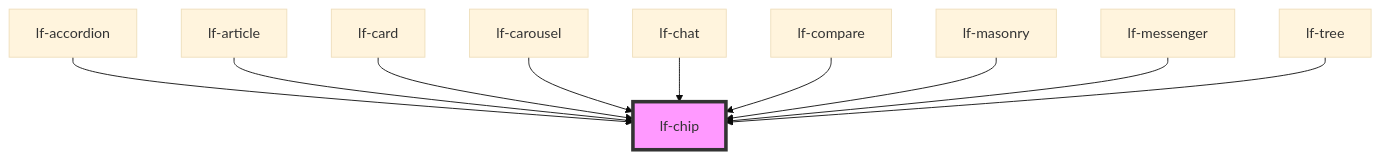
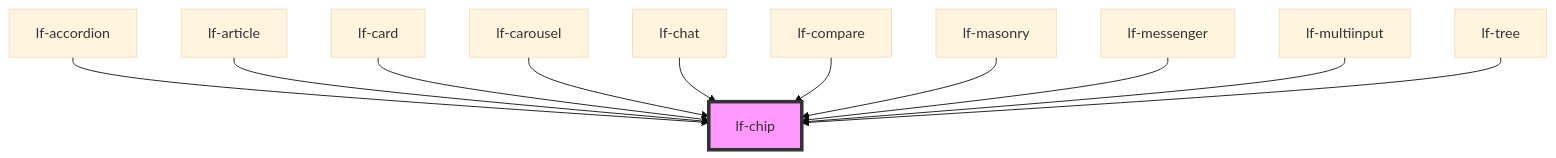
Before and after one commit to lucafoscili/lf-widgets: the diagram in packages/core/src/components/lf-chip/readme.md, drawn with Mermaid (base theme). The commit also changed other lines of this file and 7 other files, not shown here.

````diff
--- a/packages/core/src/components/lf-chip/readme.md
+++ b/packages/core/src/components/lf-chip/readme.md
@@ -151,13 +152,14 @@
 ```mermaid
 graph TD;
   lf-accordion --> lf-chip
   lf-article --> lf-chip
   lf-card --> lf-chip
   lf-carousel --> lf-chip
   lf-chat --> lf-chip
   lf-compare --> lf-chip
   lf-masonry --> lf-chip
   lf-messenger --> lf-chip
+  lf-multiinput --> lf-chip
   lf-tree --> lf-chip
   style lf-chip fill:#f9f,stroke:#333,stroke-width:4px
 ```
````
